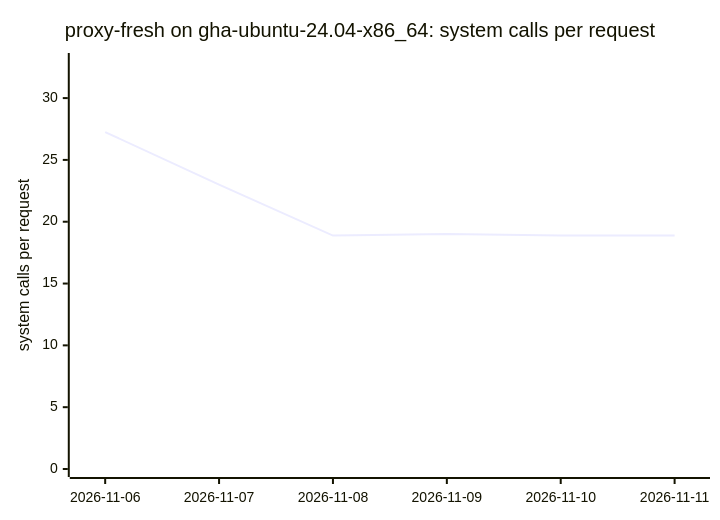
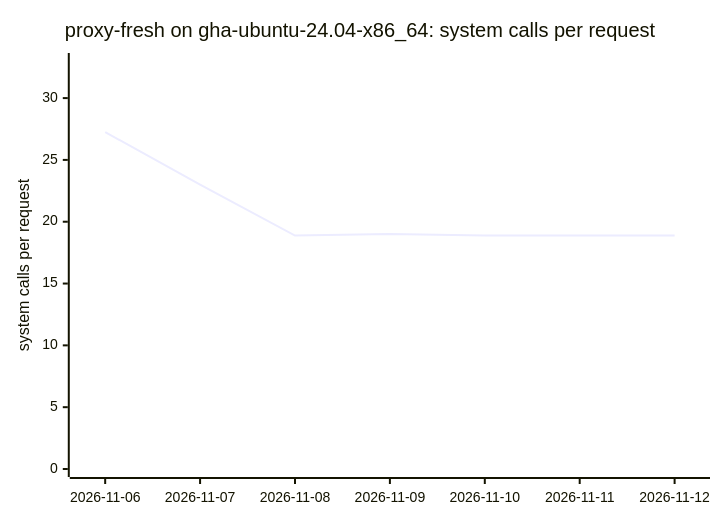
Before and after one commit to ThePixelPilgrim/durchlauferhitzer: diagram 14 of 18 in BENCHMARKS.md, drawn with Mermaid. The commit also changed other lines of this file and 1 other file, not shown here.

````diff
--- a/BENCHMARKS.md
+++ b/BENCHMARKS.md
@@ -158,7 +158,7 @@
 ```mermaid
 xychart-beta
   title "proxy-fresh on gha-ubuntu-24.04-x86_64: system calls per request"
-  x-axis ["2026-11-06", "2026-11-07", "2026-11-08", "2026-11-09", "2026-11-10", "2026-11-11"]
+  x-axis ["2026-11-06", "2026-11-07", "2026-11-08", "2026-11-09", "2026-11-10", "2026-11-11", "2026-11-12"]
   y-axis "system calls per request" 0 --> 33
-  line [27.25, 23.00, 18.88, 19.00, 18.88, 18.88]
+  line [27.25, 23.00, 18.88, 19.00, 18.88, 18.88, 18.88]
 ```
````
